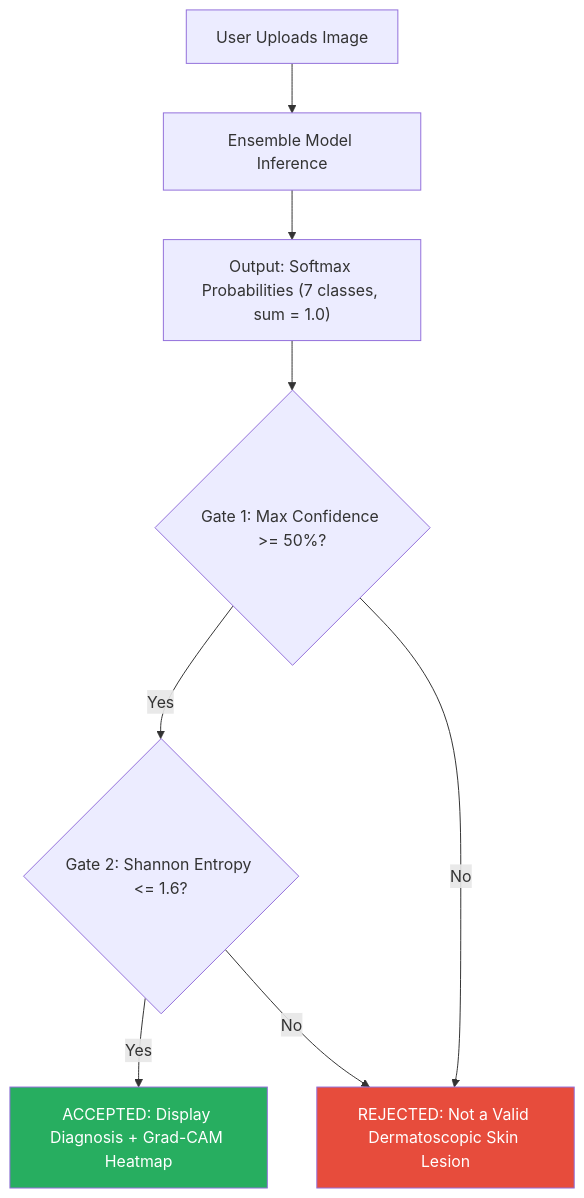
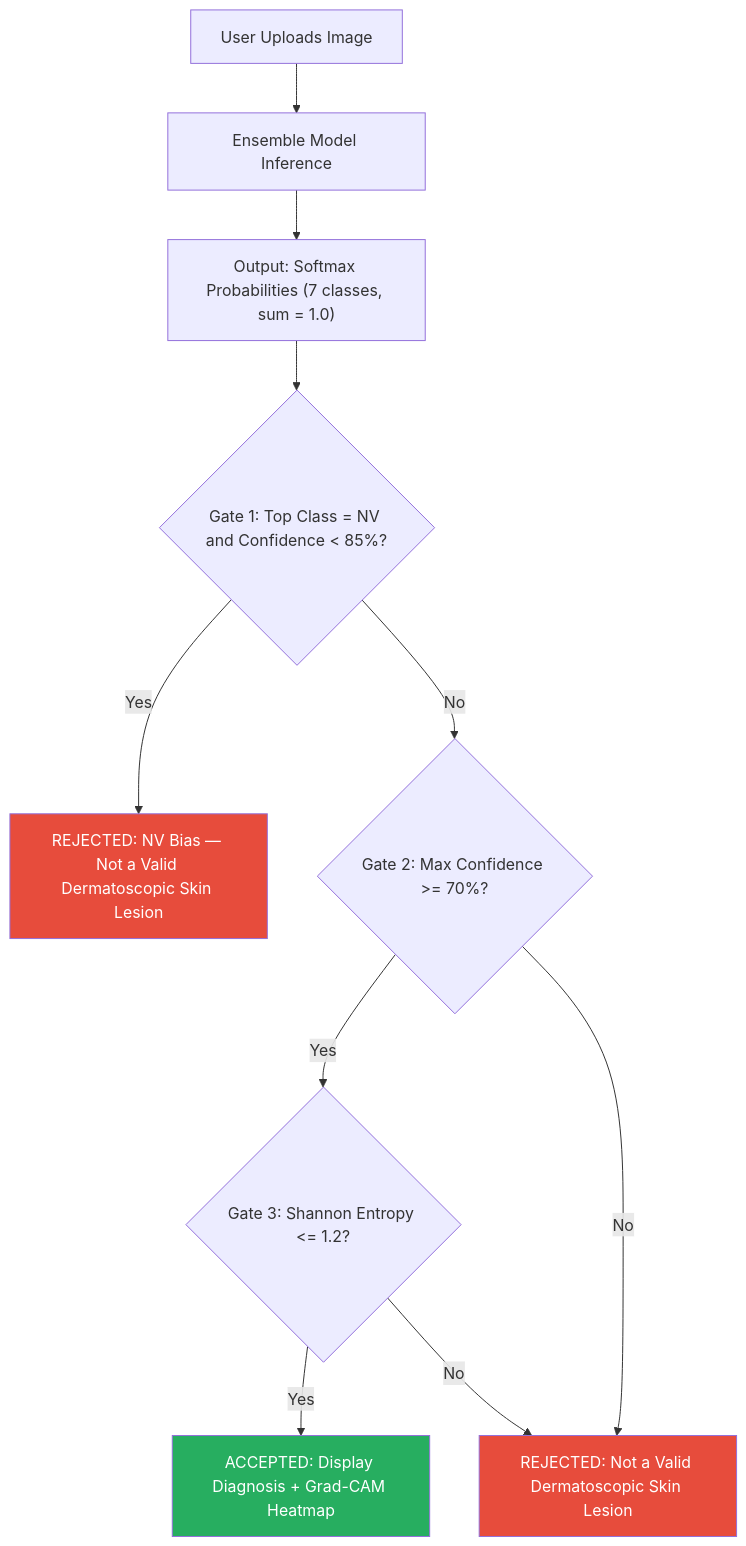
Before and after one commit to Tony-Stone-Code/gradcam-derm-ai-triage: the fifth of 5 diagrams in docs/MODELS_AND_ARCHITECTURE.md, drawn with Mermaid. The commit also changed other lines of this file and 10 other files, not shown here.

````diff
--- a/docs/MODELS_AND_ARCHITECTURE.md
+++ b/docs/MODELS_AND_ARCHITECTURE.md
@@ -132,15 +132,19 @@
 ```mermaid
 graph TD
     Input["User Uploads Image"] --> Inference["Ensemble Model Inference"]
     Inference --> Probs["Output: Softmax Probabilities (7 classes, sum = 1.0)"]
-    Probs --> Gate1{"Gate 1: Max Confidence >= 50%?"}
+    Probs --> Gate3{"Gate 1: Top Class = NV and Confidence < 85%?"}
 
-    Gate1 -->|Yes| Gate2{"Gate 2: Shannon Entropy <= 1.6?"}
-    Gate1 -->|No| Reject["REJECTED: Not a Valid Dermatoscopic Skin Lesion"]
+    Gate3 -->|Yes| Reject["REJECTED: NV Bias — Not a Valid Dermatoscopic Skin Lesion"]
+    Gate3 -->|No| Gate1{"Gate 2: Max Confidence >= 70%?"}
+
+    Gate1 -->|Yes| Gate2{"Gate 3: Shannon Entropy <= 1.2?"}
+    Gate1 -->|No| Reject2["REJECTED: Not a Valid Dermatoscopic Skin Lesion"]
 
     Gate2 -->|Yes| Accept["ACCEPTED: Display Diagnosis + Grad-CAM Heatmap"]
-    Gate2 -->|No| Reject
+    Gate2 -->|No| Reject2
 
     style Reject fill:#e74c3c,color:#ffffff
+    style Reject2 fill:#e74c3c,color:#ffffff
     style Accept fill:#27ae60,color:#ffffff
 ```
````
